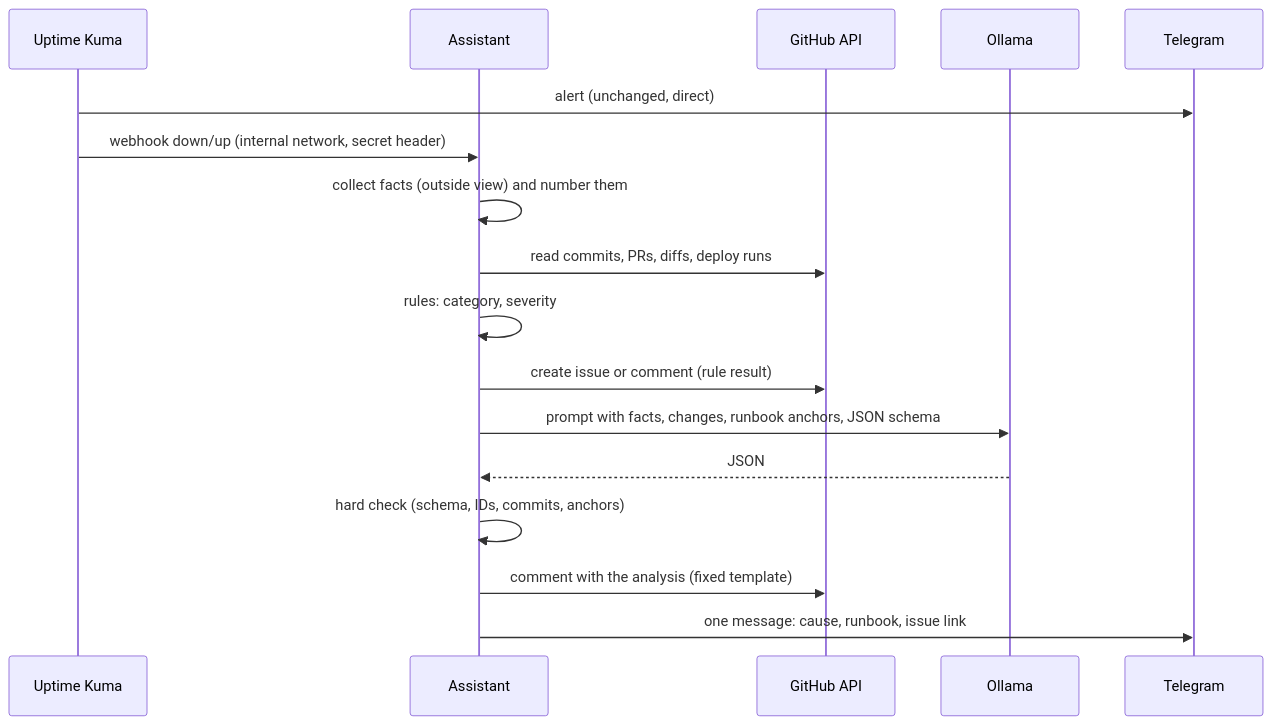
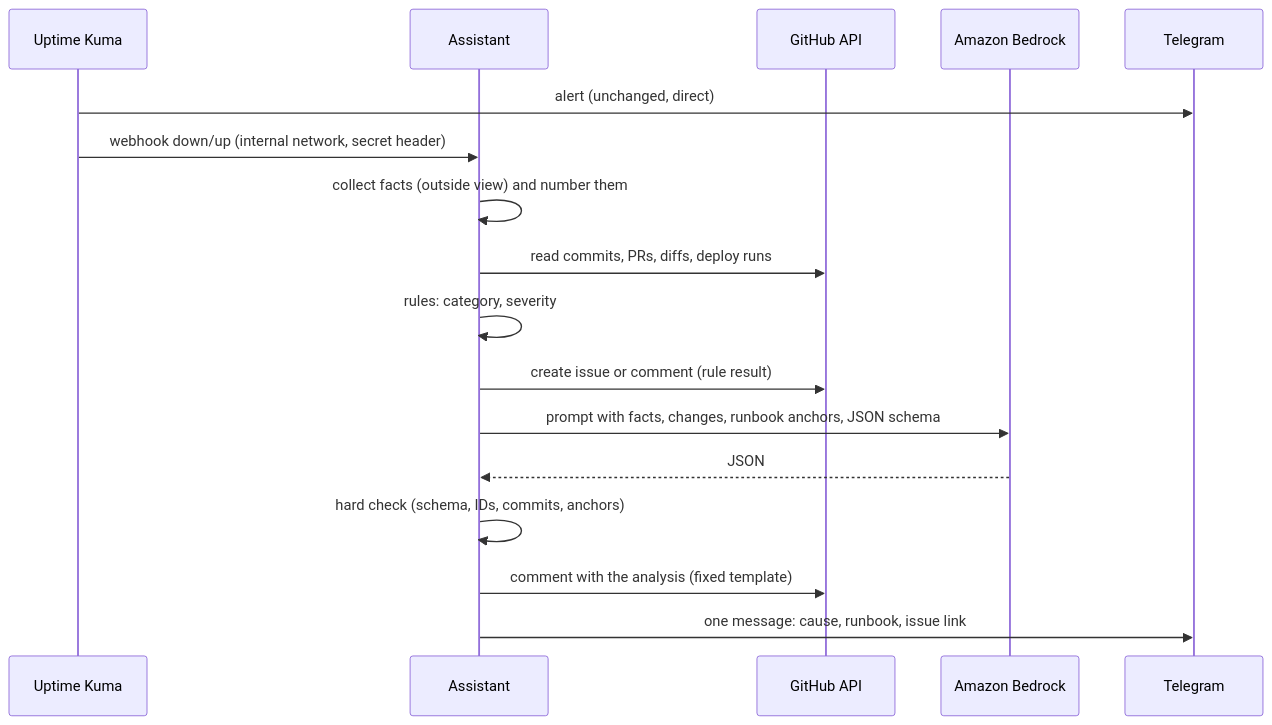
The diagram in README.md (PhilippKlinger/vps-incident-assistant), drawn with Mermaid before and after one commit. The commit also changed other lines of this file and 8 other files, not shown here.

````diff
--- a/README.md
+++ b/README.md
@@ -16,19 +16,19 @@
 ```mermaid
 sequenceDiagram
     participant K as Uptime Kuma
     participant A as Assistant
     participant G as GitHub API
-    participant O as Ollama
+    participant O as Amazon Bedrock
     participant T as Telegram
     K->>T: alert (unchanged, direct)
     K->>A: webhook down/up (internal network, secret header)
     A->>A: collect facts (outside view) and number them
     A->>G: read commits, PRs, diffs, deploy runs
     A->>A: rules: category, severity
     A->>G: create issue or comment (rule result)
     A->>O: prompt with facts, changes, runbook anchors, JSON schema
     O-->>A: JSON
     A->>A: hard check (schema, IDs, commits, anchors)
     A->>G: comment with the analysis (fixed template)
     A->>T: one message: cause, runbook, issue link
 ```
````
